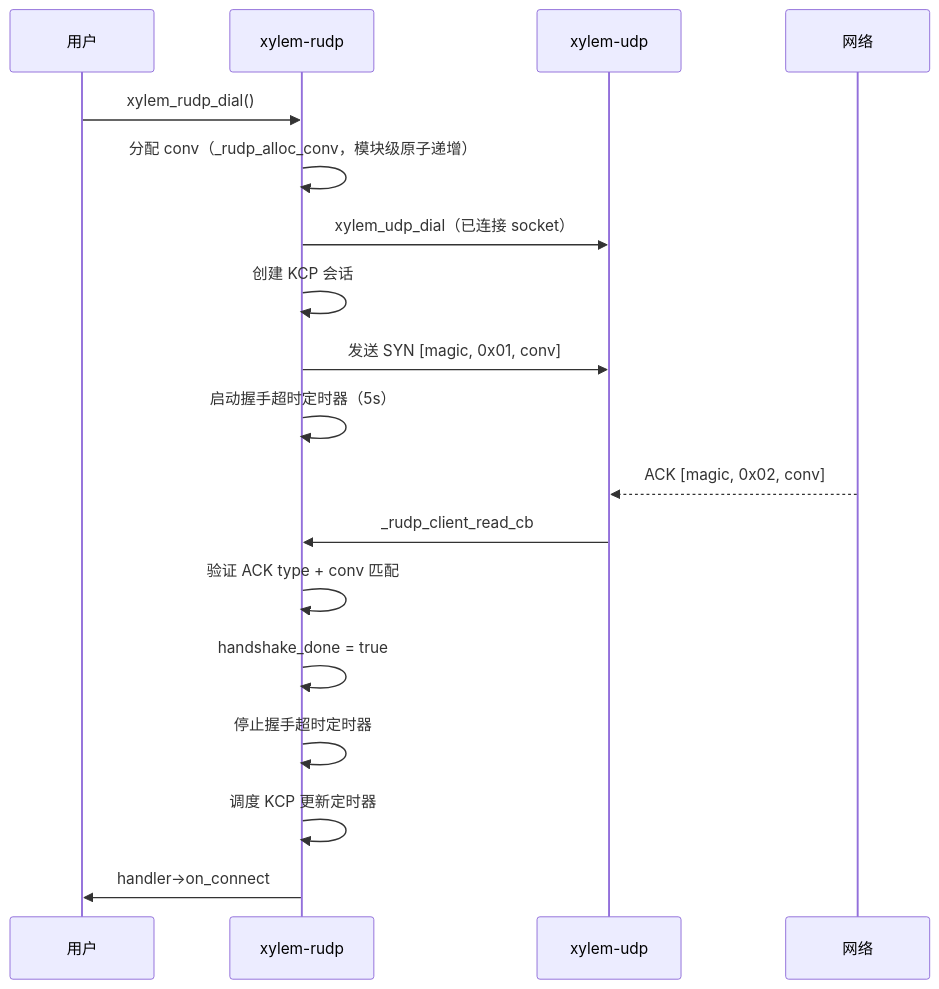
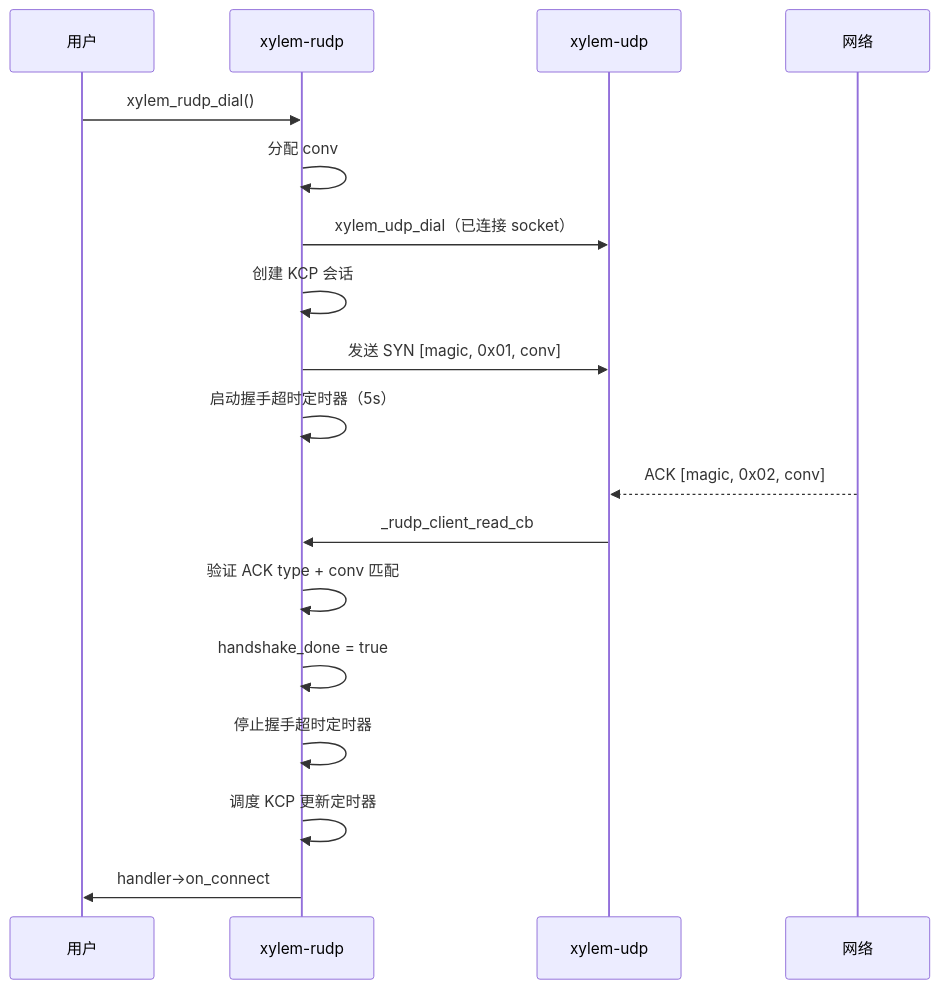
The second of 8 diagrams in docs/rudp-design.md (MeristemForge/Xylem), drawn with Mermaid before and after one commit. The commit also changed other lines of this file and 15 other files, not shown here.

````diff
--- a/docs/rudp-design.md
+++ b/docs/rudp-design.md
@@ -148,21 +138,21 @@
 ```mermaid
 sequenceDiagram
     participant User as 用户
     participant RUDP as xylem-rudp
     participant UDP as xylem-udp
     participant Net as 网络
 
     User->>RUDP: xylem_rudp_dial()
-    RUDP->>RUDP: 分配 conv（_rudp_alloc_conv，模块级原子递增）
+    RUDP->>RUDP: 分配 conv
     RUDP->>UDP: xylem_udp_dial（已连接 socket）
     RUDP->>RUDP: 创建 KCP 会话
     RUDP->>UDP: 发送 SYN [magic, 0x01, conv]
     RUDP->>RUDP: 启动握手超时定时器（5s）
     Net-->>UDP: ACK [magic, 0x02, conv]
     UDP->>RUDP: _rudp_client_read_cb
     RUDP->>RUDP: 验证 ACK type + conv 匹配
     RUDP->>RUDP: handshake_done = true
     RUDP->>RUDP: 停止握手超时定时器
     RUDP->>RUDP: 调度 KCP 更新定时器
     RUDP->>User: handler->on_connect
 ```
````
